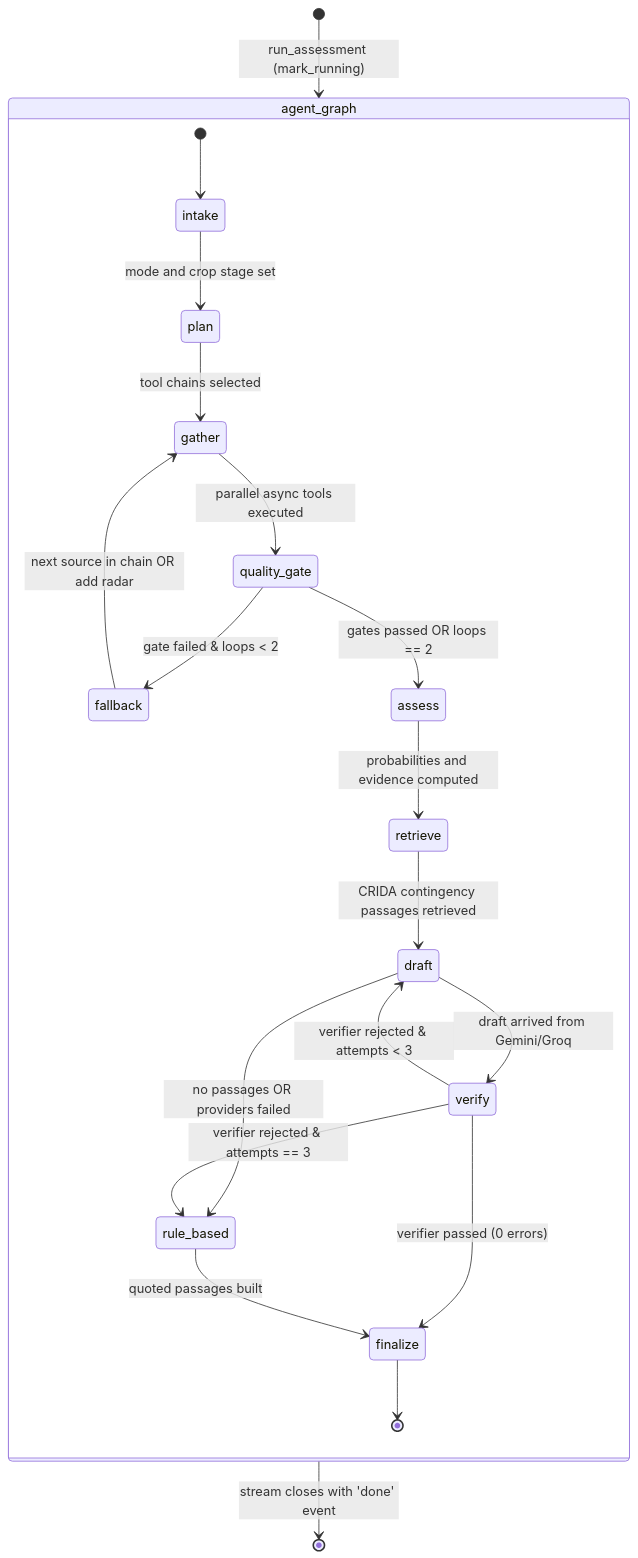
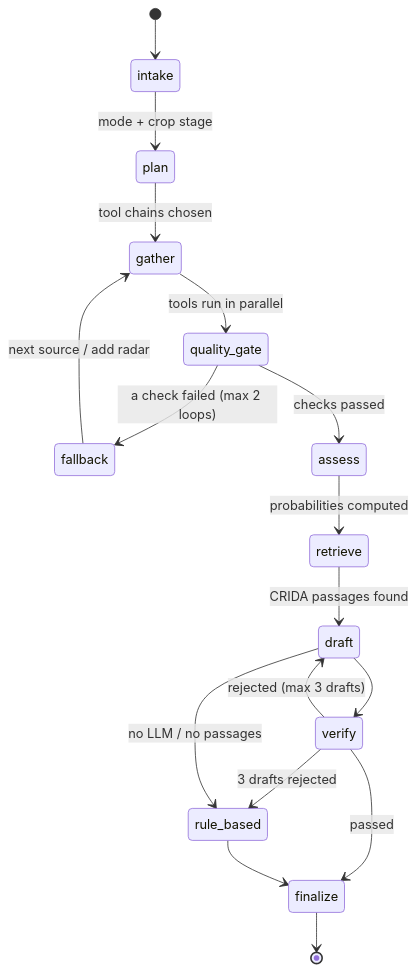
Before and after one commit to ZaroCoding/KhetiKavach: the second of 2 diagrams in README.md, drawn with Mermaid. The commit also changed other lines of this file, not shown here.

````diff
--- a/README.md
+++ b/README.md
@@ -791,23 +182,19 @@
 ```mermaid
 stateDiagram-v2
-  [*] --> agent_graph: run_assessment (mark_running)
-  state agent_graph {
-    [*] --> intake
-    intake --> plan: mode and crop stage set
-    plan --> gather: tool chains selected
-    gather --> quality_gate: parallel async tools executed
-    quality_gate --> fallback: gate failed & loops < 2
-    quality_gate --> assess: gates passed OR loops == 2
-    fallback --> gather: next source in chain OR add radar
-    assess --> retrieve: probabilities and evidence computed
-    retrieve --> draft: CRIDA contingency passages retrieved
-    draft --> verify: draft arrived from Gemini/Groq
-    draft --> rule_based: no passages OR providers failed
-    verify --> finalize: verifier passed (0 errors)
-    verify --> draft: verifier rejected & attempts < 3
-    verify --> rule_based: verifier rejected & attempts == 3
-    rule_based --> finalize: quoted passages built
-    finalize --> [*]
-  }
-  agent_graph --> [*]: stream closes with 'done' event
+  [*] --> intake
+  intake --> plan: mode + crop stage
+  plan --> gather: tool chains chosen
+  gather --> quality_gate: tools run in parallel
+  quality_gate --> fallback: a check failed (max 2 loops)
+  fallback --> gather: next source / add radar
+  quality_gate --> assess: checks passed
+  assess --> retrieve: probabilities computed
+  retrieve --> draft: CRIDA passages found
+  draft --> verify
+  verify --> draft: rejected (max 3 drafts)
+  verify --> finalize: passed
+  verify --> rule_based: 3 drafts rejected
+  draft --> rule_based: no LLM / no passages
+  rule_based --> finalize
+  finalize --> [*]
 ```
````
